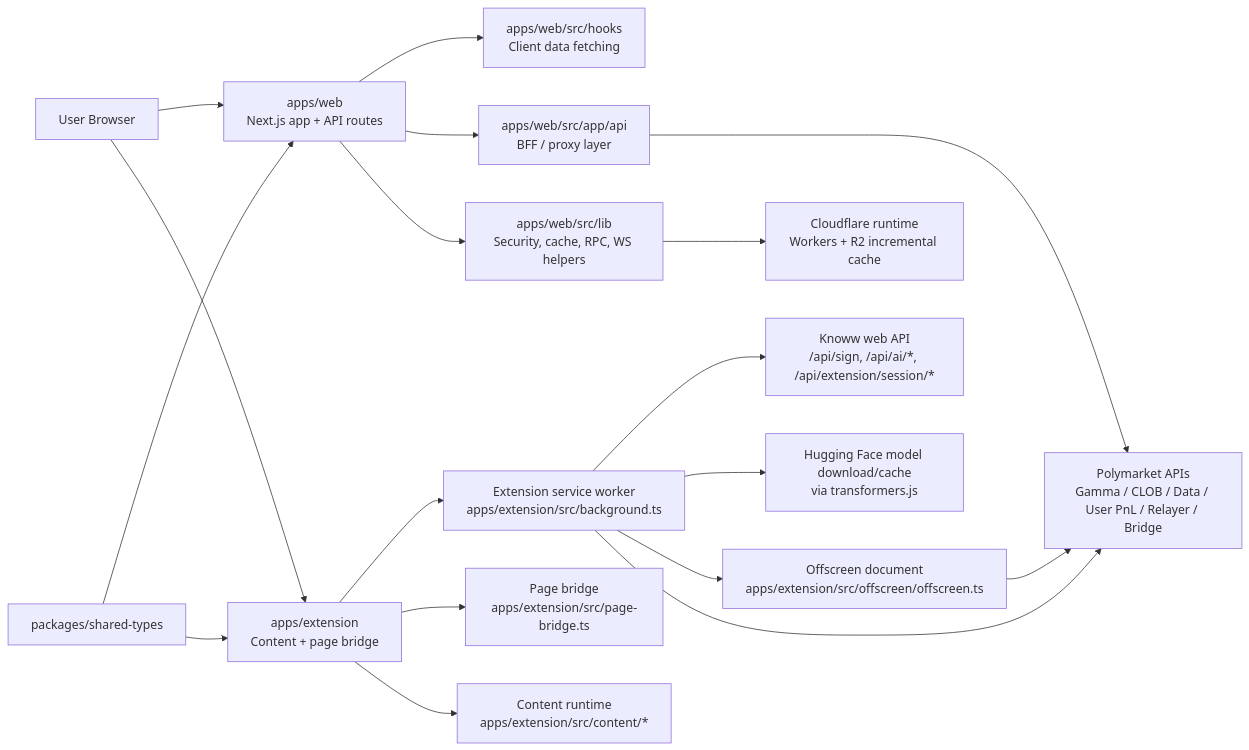
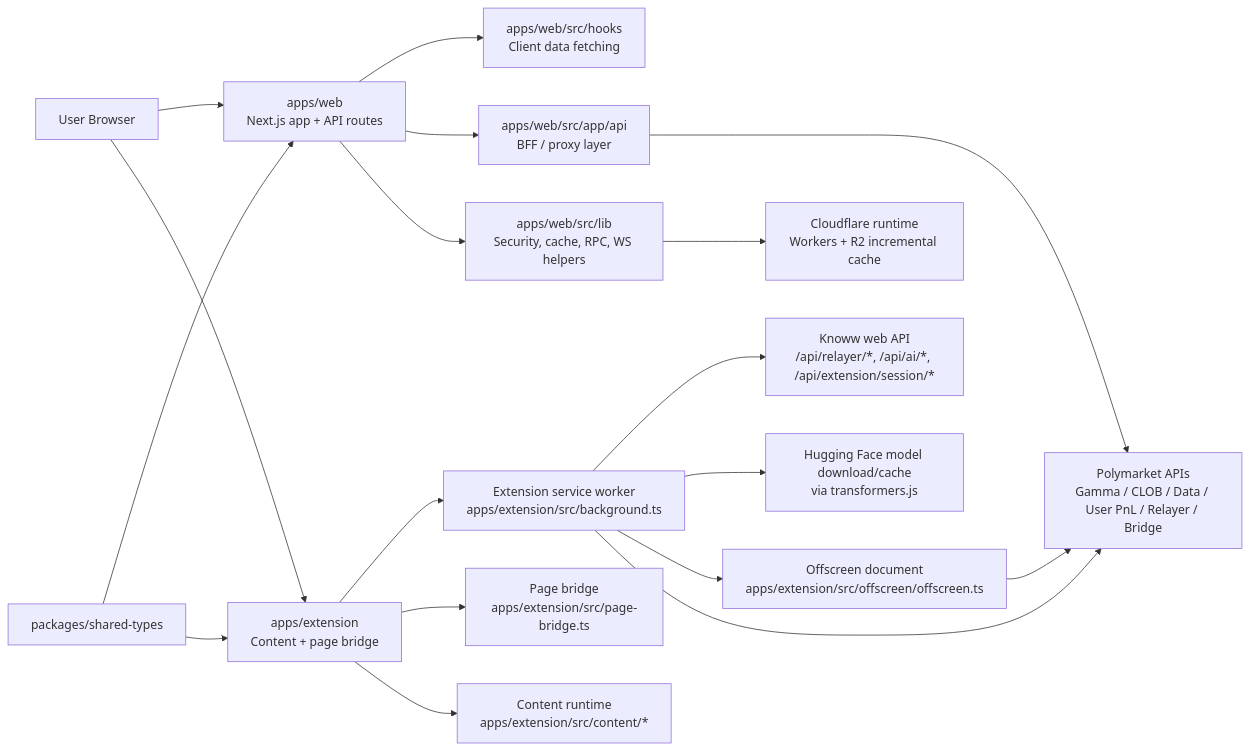
The first of 4 diagrams in docs/ARCHITECTURE.md (metatxn/Polycaster), drawn with Mermaid before and after one commit. The commit also changed other lines of this file and 42 other files, not shown here.

````diff
--- a/docs/ARCHITECTURE.md
+++ b/docs/ARCHITECTURE.md
@@ -41,24 +41,24 @@
 ```mermaid
 flowchart LR
     U["User Browser"] --> W["apps/web\nNext.js app + API routes"]
     U --> E["apps/extension\nContent + page bridge"]
 
     W --> H["apps/web/src/hooks\nClient data fetching"]
     W --> A["apps/web/src/app/api\nBFF / proxy layer"]
     W --> L["apps/web/src/lib\nSecurity, cache, RPC, WS helpers"]
 
     E --> BG["Extension service worker\napps/extension/src/background.ts"]
     E --> PB["Page bridge\napps/extension/src/page-bridge.ts"]
     BG --> OF["Offscreen document\napps/extension/src/offscreen/offscreen.ts"]
     E --> EC["Content runtime\napps/extension/src/content/*"]
 
     A --> P["Polymarket APIs\nGamma / CLOB / Data / User PnL / Relayer / Bridge"]
     L --> CF["Cloudflare runtime\nWorkers + R2 incremental cache"]
     OF --> P
-    BG --> K["Knoww web API\n/api/sign, /api/ai/*, /api/extension/session/*"]
+    BG --> K["Knoww web API\n/api/relayer/*, /api/ai/*, /api/extension/session/*"]
     BG --> P
     BG --> HF["Hugging Face model download/cache\nvia transformers.js"]
 
     S["packages/shared-types"] --> W
     S --> E
 ```
````
